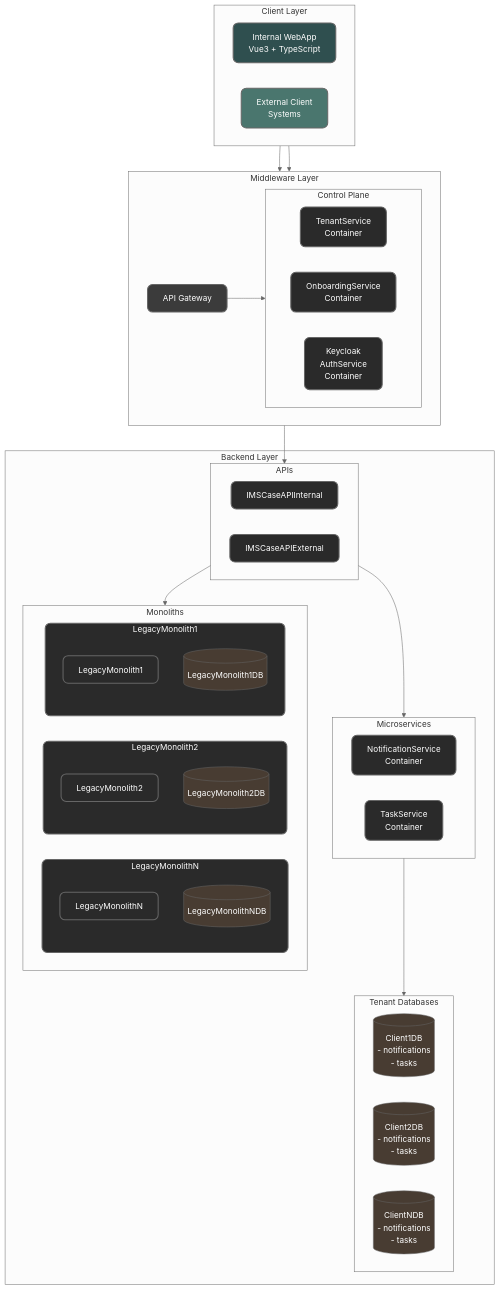
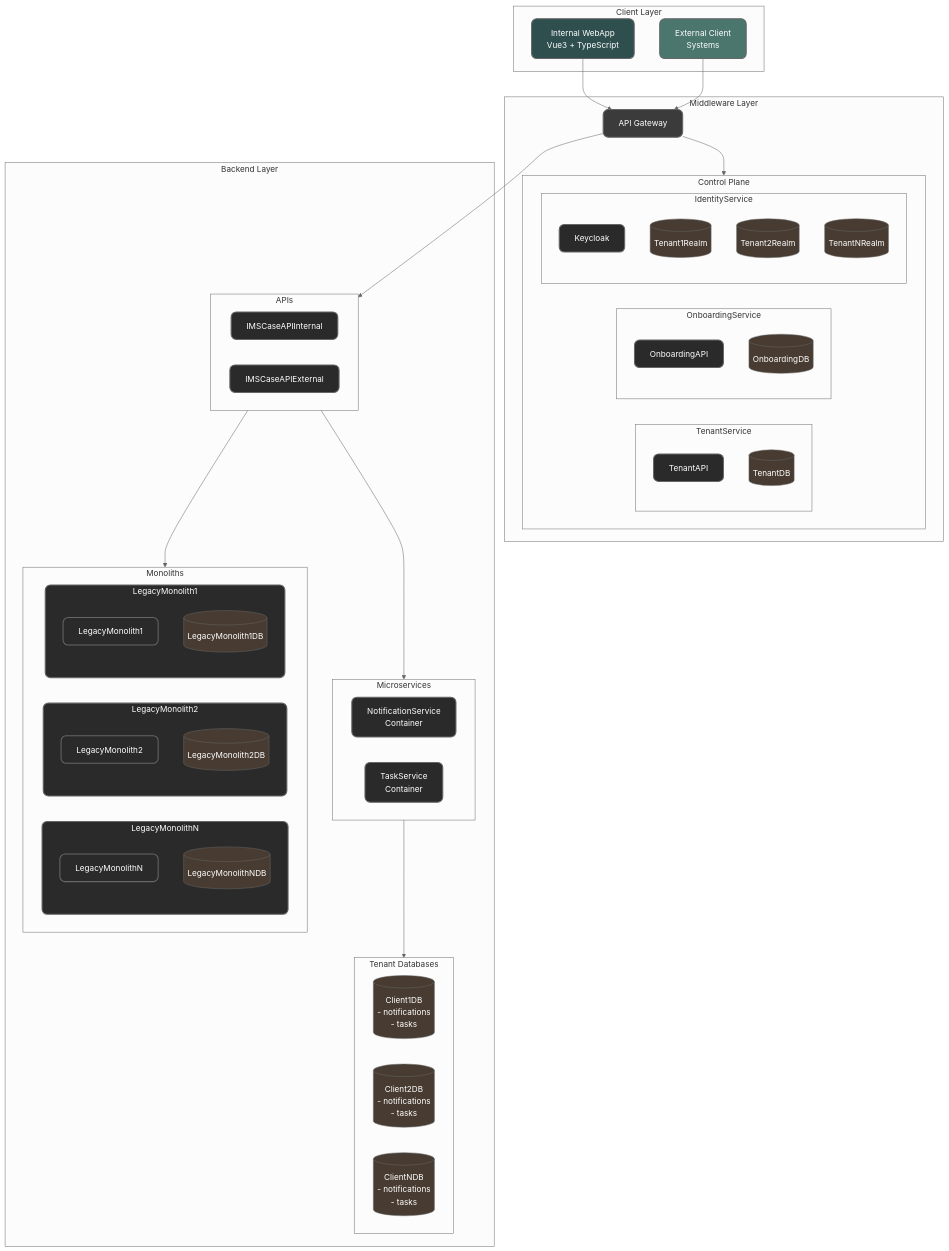
One commit to rasmusulriksen/BachelorsProject changed the diagram in Diagrams/New/DeploymentDiagram.md. Above: the diagram before and after it, drawn with Mermaid (neutral theme).

Commit message:
Improved deployment diagram

```diff
--- a/Diagrams/New/DeploymentDiagram.md
+++ b/Diagrams/New/DeploymentDiagram.md
@@ -24,32 +24,38 @@
     classDef monolith fill:#2a2a2a,stroke:#666,stroke-width:2px,color:#fff,rx:10
 
     subgraph ClientLayer["Client Layer"]
-        direction LR
         WebApp["Internal WebApp<br>Vue3 + TypeScript"]:::webapp
         ExternalClients["External Client<br>Systems"]:::client
     end
 
     subgraph MiddlewareLayer["Middleware Layer"]
-        direction LR
         Gateway["API Gateway"]:::gateway
 
         subgraph ControlPlane["Control Plane"]
-            direction LR
-            TenantService["TenantService<br>Container"]:::container
-            OnboardingService["OnboardingService<br>Container"]:::container
-            AuthService["Keycloak<br>AuthService<br>Container"]:::container
+            subgraph TenantService
+                TenantAPI["TenantAPI"]:::container
+                TenantDB[("TenantDB")]:::database
+            end
+            subgraph OnboardingService
+                OnboardingAPI["OnboardingAPI"]:::container
+                OnboardingDB[("OnboardingDB")]:::database
+            end
+            subgraph IdentityService
+                Keycloak["Keycloak"]:::container
+                Tenant1Realm[("Tenant1Realm")]:::database
+                Tenant2Realm[("Tenant2Realm")]:::database
+                TenantNRealm[("TenantNRealm")]:::database
+            end
         end
     end
 
     subgraph BackendLayer["Backend Layer"]
         subgraph APIs["APIs"]
-            direction LR
             IMSCaseAPIInt["IMSCaseAPIInternal"]:::container
             IMSCaseAPIExt["IMSCaseAPIExternal"]:::container
         end
 
             subgraph Services["Microservices"]
-                direction LR
                 NotificationService["NotificationService<br>Container"]:::container
                 TaskService["TaskService<br>Container"]:::container
             end
```
